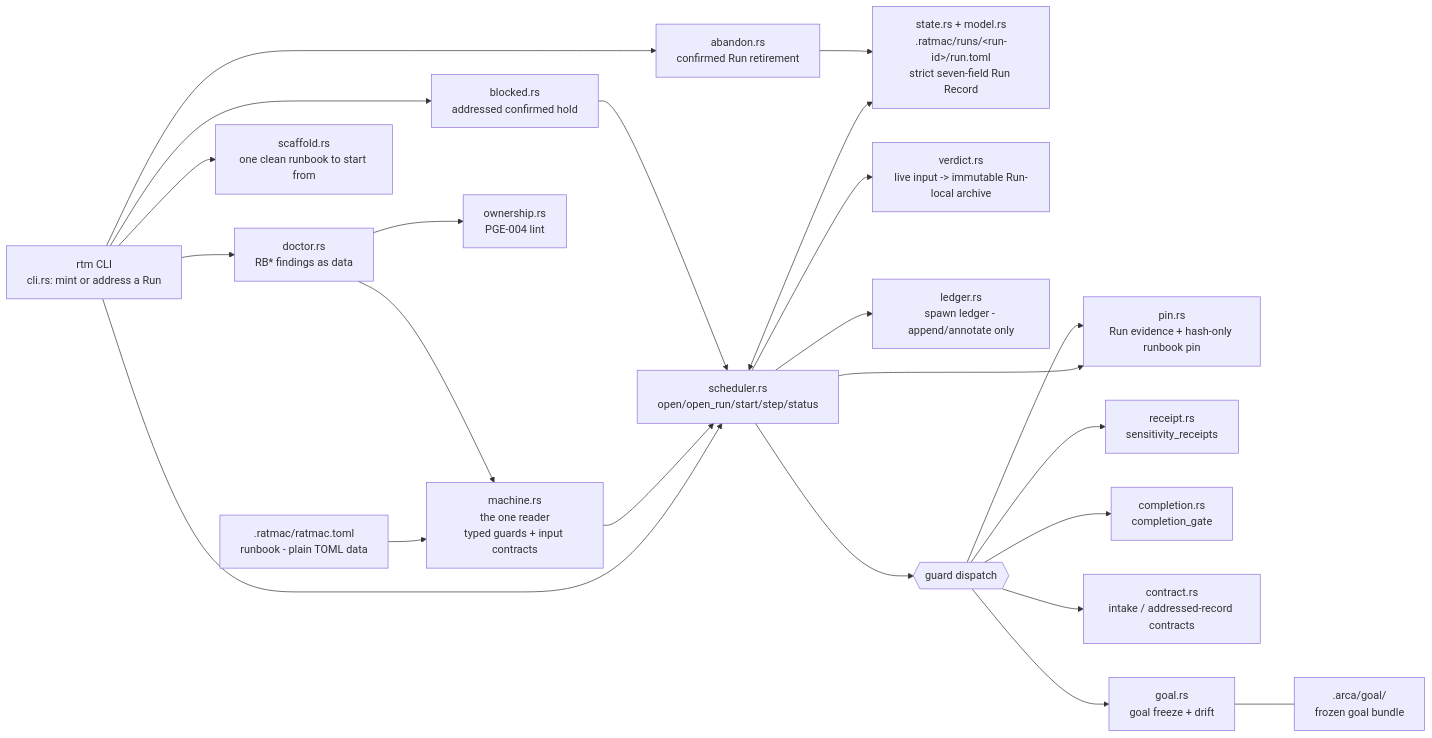
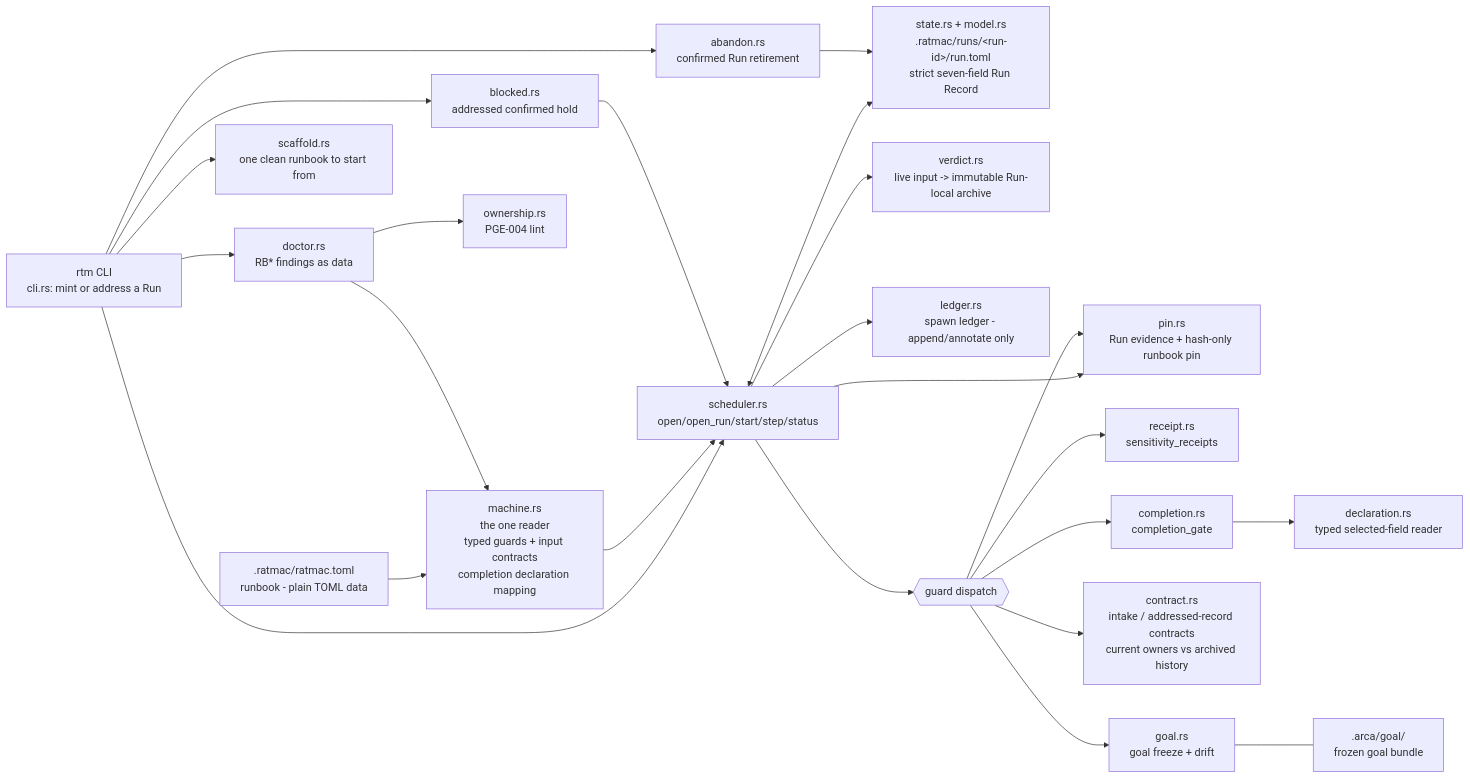
The diagram in .arca/index.md (egoisth777/ratmac), drawn with Mermaid before and after one commit. The commit also changed other lines of this file and 9 other files, not shown here.

````diff
--- a/.arca/index.md
+++ b/.arca/index.md
@@ -52,25 +58,26 @@
 ```mermaid
 flowchart LR
     CLI["rtm CLI<br/>cli.rs: mint or address a Run"] --> SCH["scheduler.rs<br/>open/open_run/start/step/status"]
-    RB[".ratmac/ratmac.toml<br/>runbook - plain TOML data"] --> MC["machine.rs<br/>the one reader<br/>typed guards + input contracts"]
+    RB[".ratmac/ratmac.toml<br/>runbook - plain TOML data"] --> MC["machine.rs<br/>the one reader<br/>typed guards + input contracts<br/>completion declaration mapping"]
     MC --> SCH
     SCH <--> ST["state.rs + model.rs<br/>.ratmac/runs/&lt;run-id&gt;/run.toml<br/>strict seven-field Run Record"]
     SCH --> PIN["pin.rs<br/>Run evidence + hash-only runbook pin"]
     SCH --> VER["verdict.rs<br/>live input -> immutable Run-local archive"]
     SCH --> LED["ledger.rs<br/>spawn ledger - append/annotate only"]
     SCH --> G{{guard dispatch}}
     G --> PIN
     G --> REC["receipt.rs<br/>sensitivity_receipts"]
     G --> COM["completion.rs<br/>completion_gate"]
-    G --> CON["contract.rs<br/>intake / addressed-record contracts"]
+    COM --> DEC["declaration.rs<br/>typed selected-field reader"]
+    G --> CON["contract.rs<br/>intake / addressed-record contracts<br/>current owners vs archived history"]
     G --> GOL["goal.rs<br/>goal freeze + drift"]
     CLI --> HLD["blocked.rs<br/>addressed confirmed hold"]
     HLD --> SCH
     CLI --> ABN["abandon.rs<br/>confirmed Run retirement"]
     ABN --> ST
     GOL --- GB[".arca/goal/<br/>frozen goal bundle"]
     CLI --> DOC["doctor.rs<br/>RB* findings as data"]
     CLI --> SCA["scaffold.rs<br/>one clean runbook to start from"]
     DOC --> MC
     DOC --> OWN["ownership.rs<br/>PGE-004 lint"]
 ```
````
